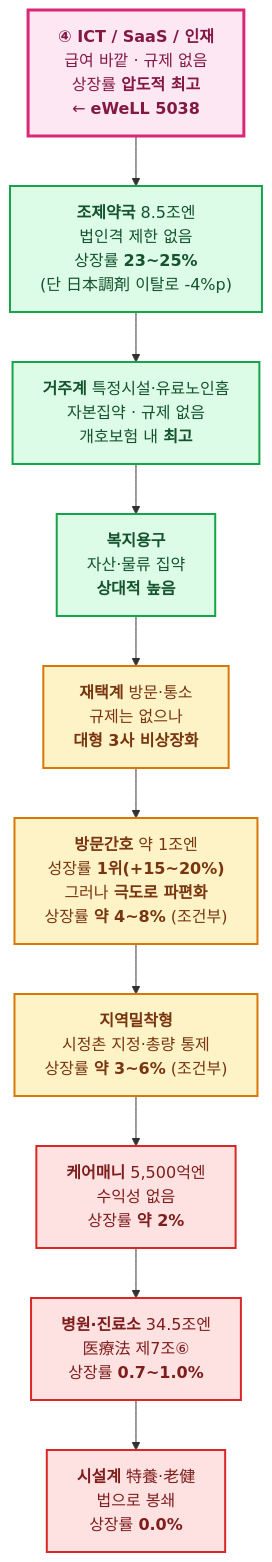
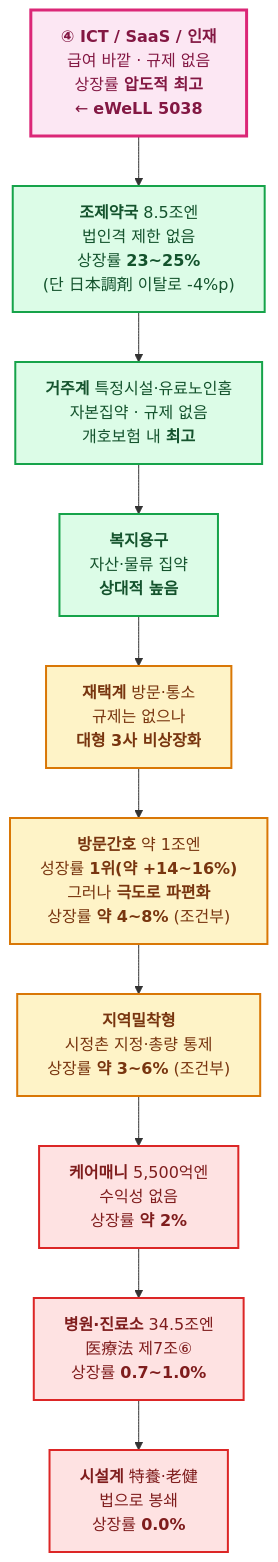
The diagram in content/eWeLL_조사/4_계층별_상장률과_성장률.md (corn-cheese/personal_research), drawn with Mermaid before and after one commit. The commit also changed other lines of this file and 5 other files, not shown here.

First line of the commit message:
feat: 심화 — 의료보험 자금흐름 다이어그램(문서 7)·성장 수치 출처 감사(문서 8), 문서 1·4·5 정합화

````diff
--- a/content/eWeLL_조사/4_계층별_상장률과_성장률.md
+++ b/content/eWeLL_조사/4_계층별_상장률과_성장률.md
@@ -201,24 +203,24 @@
 ```mermaid
 flowchart TD
     T["<b>④ ICT / SaaS / 인재</b><br/>급여 바깥 · 규제 없음<br/>상장률 <b>압도적 최고</b><br/>← <b>eWeLL 5038</b>"]
     P["<b>조제약국</b> 8.5조엔<br/>법인격 제한 없음<br/>상장률 <b>23~25%</b><br/>(단 日本調剤 이탈로 -4%p)"]
     R["<b>거주계</b> 특정시설·유료노인홈<br/>자본집약 · 규제 없음<br/>개호보험 내 <b>최고</b>"]
     G["<b>복지용구</b><br/>자산·물류 집약<br/><b>상대적 높음</b>"]
     H["<b>재택계</b> 방문·통소<br/>규제는 없으나<br/><b>대형 3사 비상장화</b>"]
-    HK["<b>방문간호</b> 약 1조엔<br/>성장률 <b>1위(+15~20%)</b><br/>그러나 <b>극도로 파편화</b><br/>상장률 <b>약 4~8%</b> (조건부)"]
+    HK["<b>방문간호</b> 약 1조엔<br/>성장률 <b>1위(약 +14~16%)</b><br/>그러나 <b>극도로 파편화</b><br/>상장률 <b>약 4~8%</b> (조건부)"]
     CH["<b>지역밀착형</b><br/>시정촌 지정·총량 통제<br/>상장률 <b>약 3~6%</b> (조건부)"]
     C["<b>케어매니</b> 5,500억엔<br/>수익성 없음<br/>상장률 <b>약 2%</b>"]
     HOS["<b>병원·진료소</b> 34.5조엔<br/>医療法 제7조⑥<br/>상장률 <b>0.7~1.0%</b>"]
     F["<b>시설계</b> 特養·老健<br/>법으로 봉쇄<br/>상장률 <b>0.0%</b>"]
 
     T --> P --> R --> G --> H --> HK --> CH --> C --> HOS --> F
 
     classDef top fill:#fce7f3,stroke:#db2777,stroke-width:3px,color:#831843
     classDef high fill:#dcfce7,stroke:#16a34a,stroke-width:2px,color:#14532d
     classDef mid fill:#fef3c7,stroke:#d97706,stroke-width:2px,color:#78350f
     classDef low fill:#fee2e2,stroke:#dc2626,stroke-width:2px,color:#7f1d1d
     class T top
     class P,R,G high
     class H,HK,CH mid
     class C,HOS,F low
 ```
````
